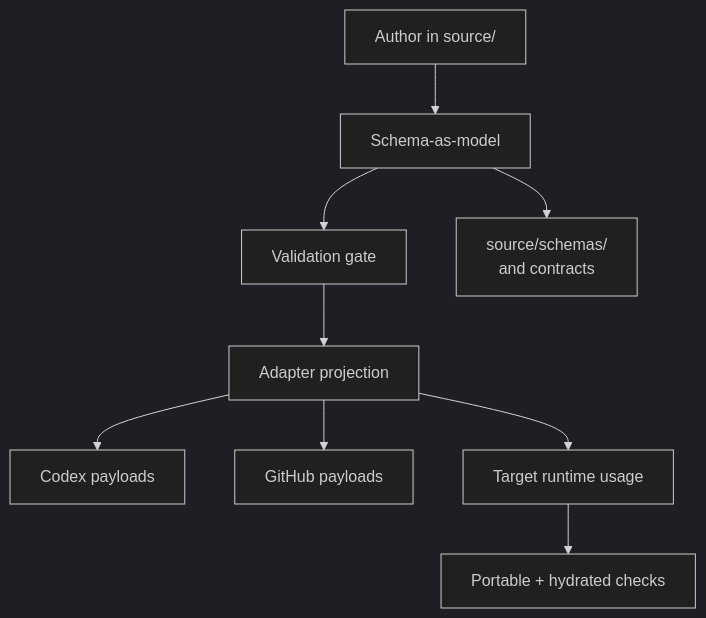
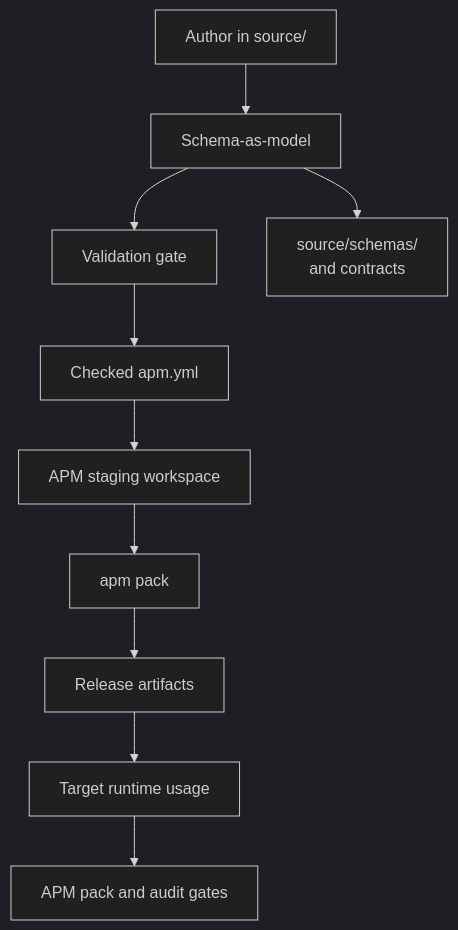
Before and after one commit to amichne/intelligence: the diagram in docs/how-it-works/source-graph.md, drawn with Mermaid (dark theme). The commit also changed other lines of this file and 407 other files, not shown here.

````diff
--- a/docs/how-it-works/source-graph.md
+++ b/docs/how-it-works/source-graph.md
@@ -48,13 +49,14 @@
 ```mermaid
 flowchart TD
   Author[Author in source/] --> Schema[Schema-as-model]
   Schema --> Validate[Validation gate]
-  Validate --> Build[Adapter projection]
-  Build --> Codex[Codex payloads]
-  Build --> Github[GitHub payloads]
-  Build --> Runtime[Target runtime usage]
-  Runtime --> Verify[Portable + hydrated checks]
+  Validate --> Manifest[Checked apm.yml]
+  Manifest --> Stage[APM staging workspace]
+  Stage --> Pack[apm pack]
+  Pack --> Release[Release artifacts]
+  Release --> Runtime[Target runtime usage]
+  Runtime --> Verify[APM pack and audit gates]
 
   Schema --> SchemaFile[source/schemas/
 and contracts]
 ```
````
